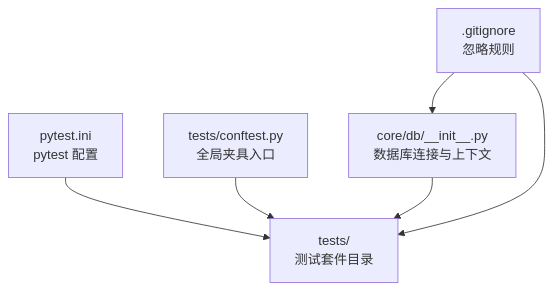
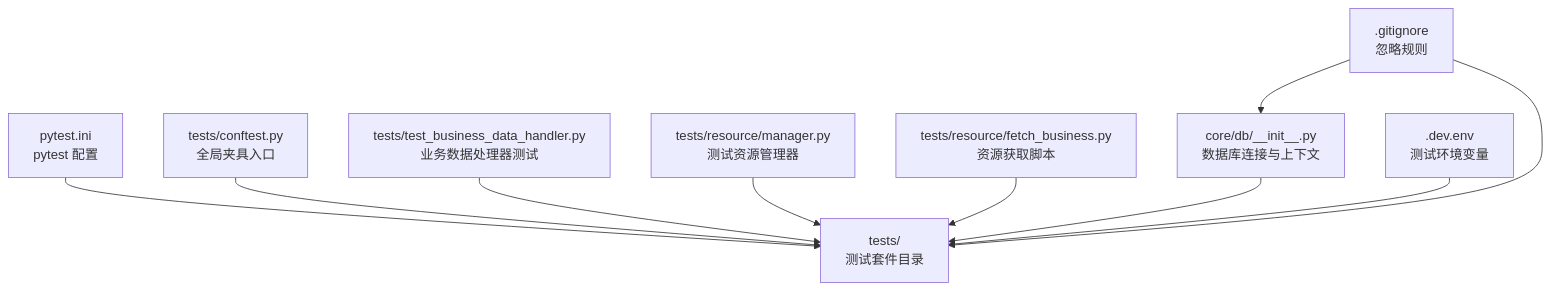
The first of 6 diagrams in .qoder/repowiki/zh/content/测试策略/测试配置.md (iverwong/DataLife), drawn with Mermaid before and after one commit. The commit also changed other lines of this file and 14 other files, not shown here.

````diff
--- a/.qoder/repowiki/zh/content/测试策略/测试配置.md
+++ b/.qoder/repowiki/zh/content/测试策略/测试配置.md
@@ -33,8 +52,12 @@
 ```mermaid
 graph TB
 A["pytest.ini<br/>pytest 配置"] --> B["tests/<br/>测试套件目录"]
 C["tests/conftest.py<br/>全局夹具入口"] --> B
-D["core/db/__init__.py<br/>数据库连接与上下文"] --> B
-E[".gitignore<br/>忽略规则"] --> B
-E --> D
+D["tests/test_business_data_handler.py<br/>业务数据处理器测试"] --> B
+E["tests/resource/manager.py<br/>测试资源管理器"] --> B
+F["tests/resource/fetch_business.py<br/>资源获取脚本"] --> B
+G["core/db/__init__.py<br/>数据库连接与上下文"] --> B
+H[".dev.env<br/>测试环境变量"] --> B
+I[".gitignore<br/>忽略规则"] --> B
+I --> G
 ```
````
